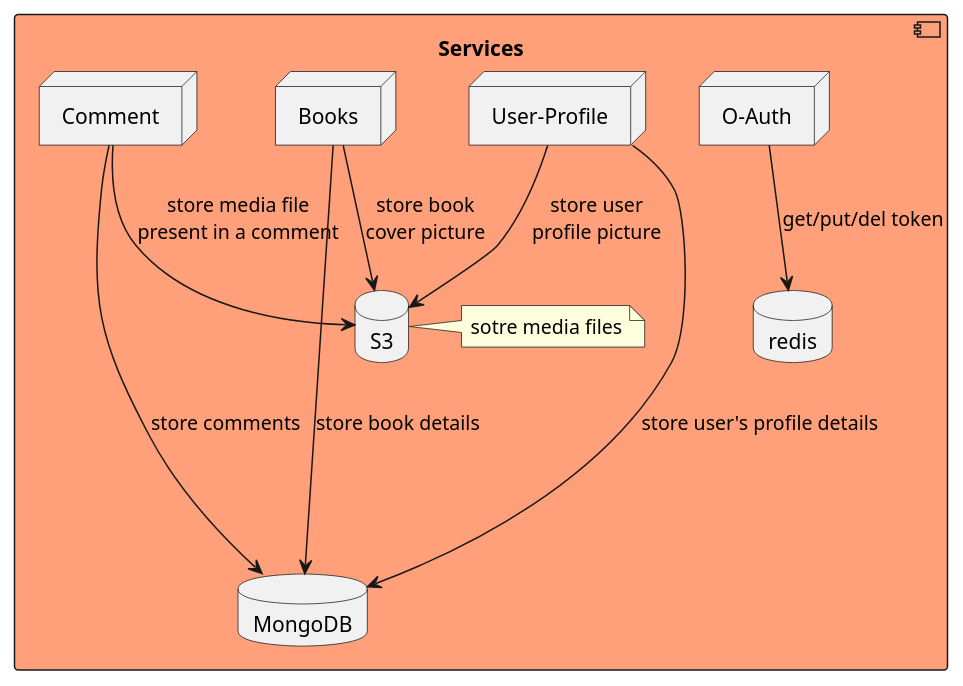
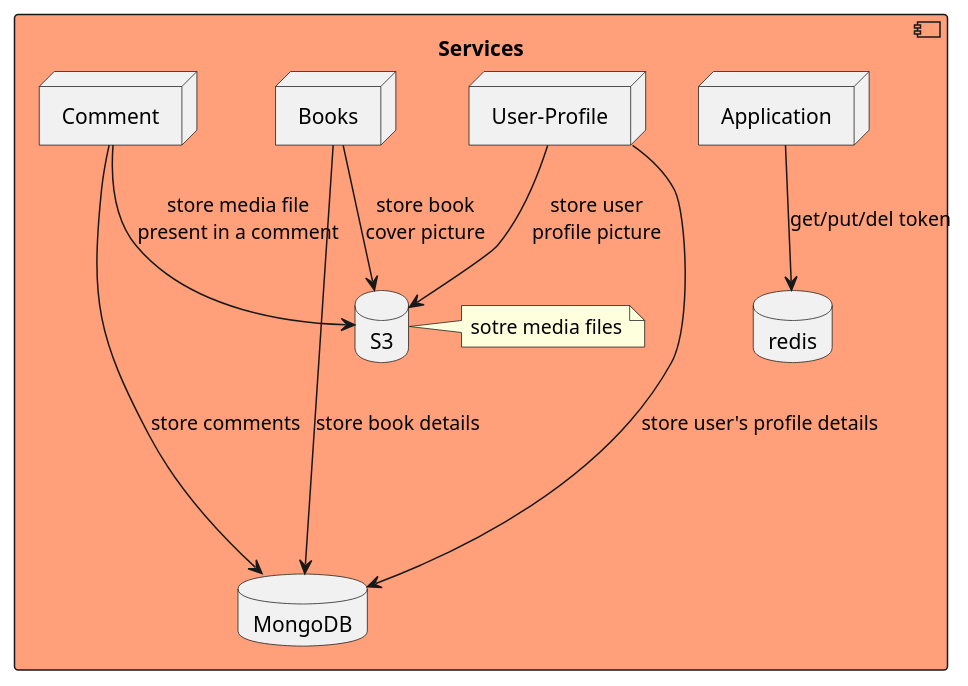
The diagram in docs/uml/deployment.puml (Zzocker/book-labs), drawn with PlantUML before and after one commit. The commit also changed 4 other files, not shown here.

```diff
--- a/docs/uml/deployment.puml
+++ b/docs/uml/deployment.puml
@@ -1,27 +1,27 @@
 @startuml
 
 component "Services" #LightSalmon{
 
-    node "O-Auth" as auth
+    node "Application" as app
     node "User-Profile" as userProfile
     node "Books" as books
     node "Comment" as comment
 
     database "S3" as s3
     note right of s3: sotre media files
 
     database "redis" as redis
     database "MongoDB" as mongodb
 
-    auth --> redis : get/put/del token
+    app --> redis : get/put/del token
 
     comment --> s3 : store media file\npresent in a comment
     userProfile --> s3 : store user\nprofile picture
     books --> s3 : store book\ncover picture
 
     userProfile ----> mongodb : store user's profile details
     books ----> mongodb : store book details
     comment ----> mongodb : store comments
 }
 
 @enduml
```
